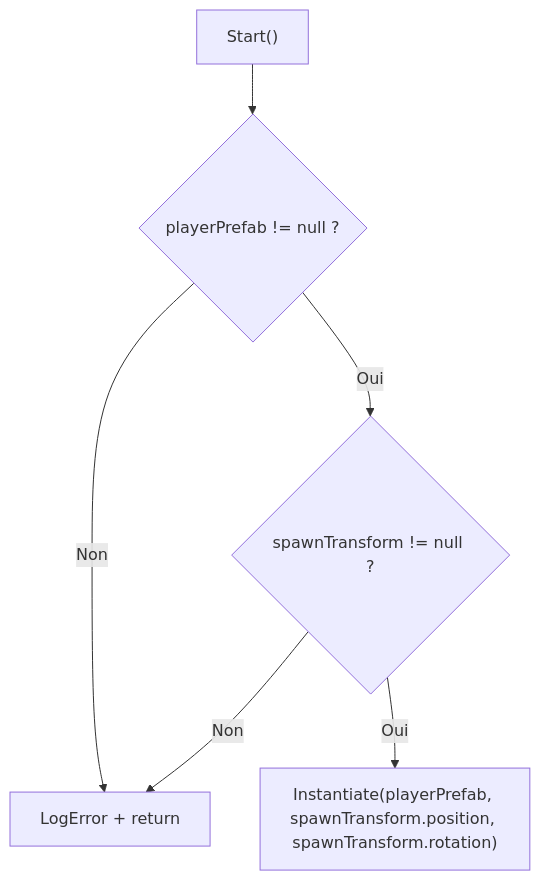
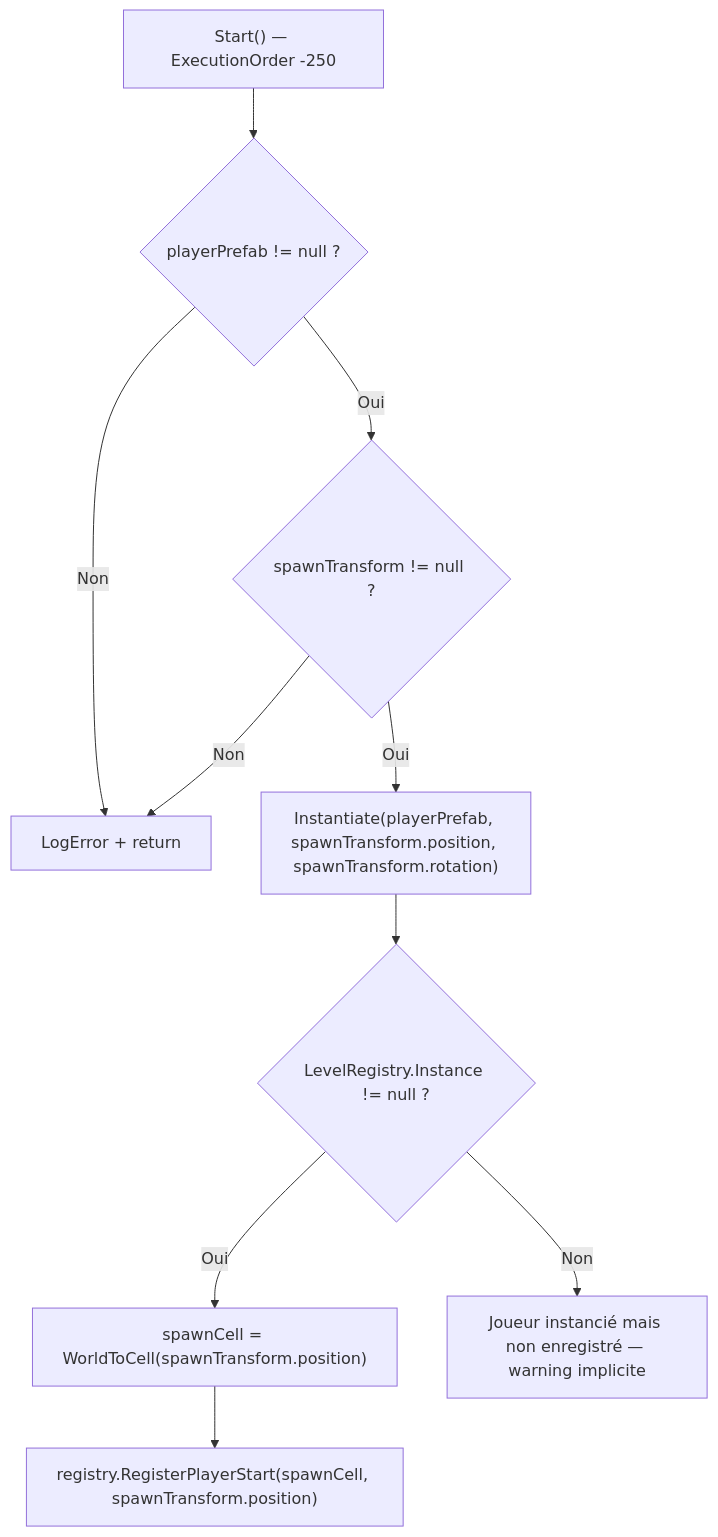
Before and after one commit to PierreChagnon/BUGS: diagram 12 of 13 in Docs/TDD.md, drawn with Mermaid. The commit also changed other lines of this file, not shown here.

````diff
--- a/Docs/TDD.md
+++ b/Docs/TDD.md
@@ -1275,8 +1418,12 @@
 ```mermaid
 graph TD
-    A["Start()"] --> B{playerPrefab != null ?}
+    A["Start() — ExecutionOrder -250"] --> B{playerPrefab != null ?}
     B -->|Non| C["LogError + return"]
     B -->|Oui| D{spawnTransform != null ?}
     D -->|Non| C
     D -->|Oui| E["Instantiate(playerPrefab, spawnTransform.position, spawnTransform.rotation)"]
+    E --> F{LevelRegistry.Instance != null ?}
+    F -->|Oui| G["spawnCell = WorldToCell(spawnTransform.position)"]
+    G --> H["registry.RegisterPlayerStart(spawnCell, spawnTransform.position)"]
+    F -->|Non| I["Joueur instancié mais non enregistré — warning implicite"]
 ```
````
